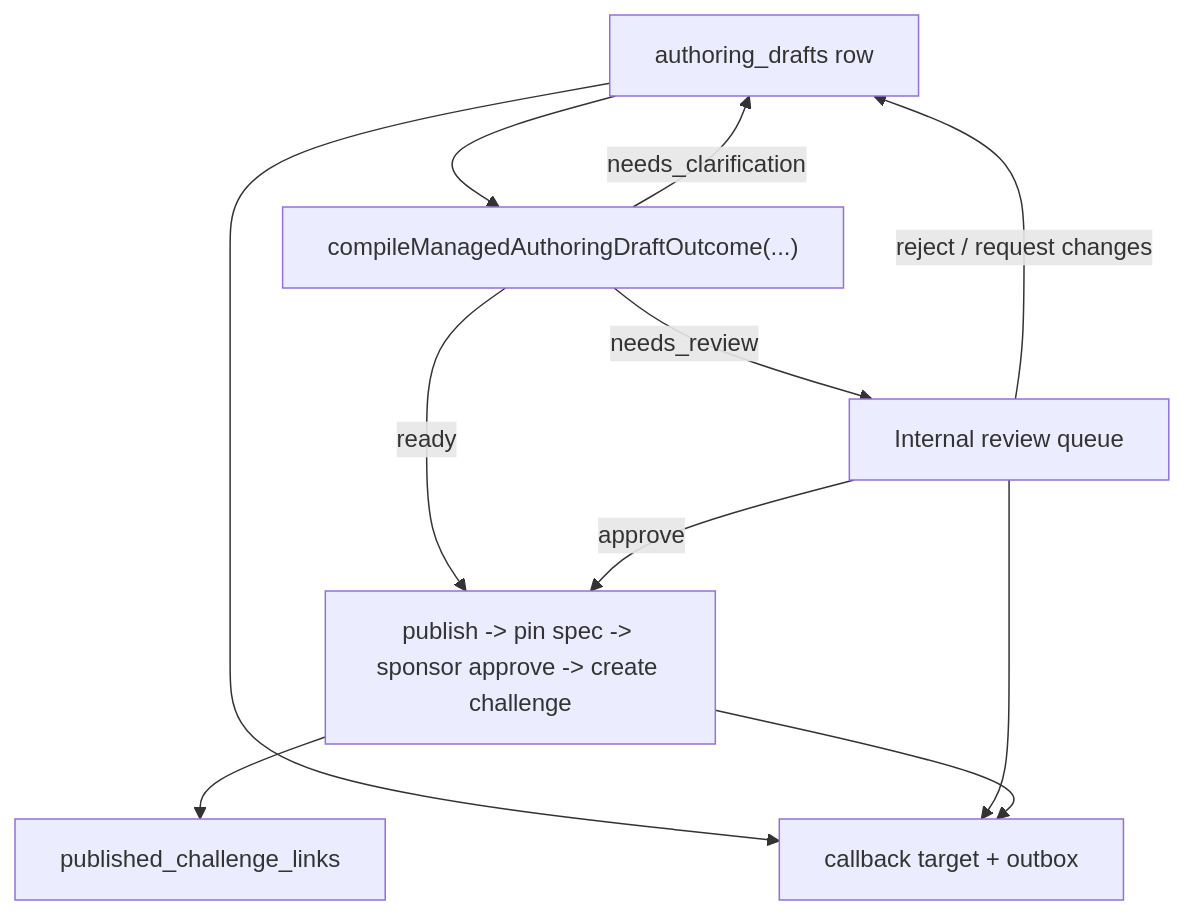
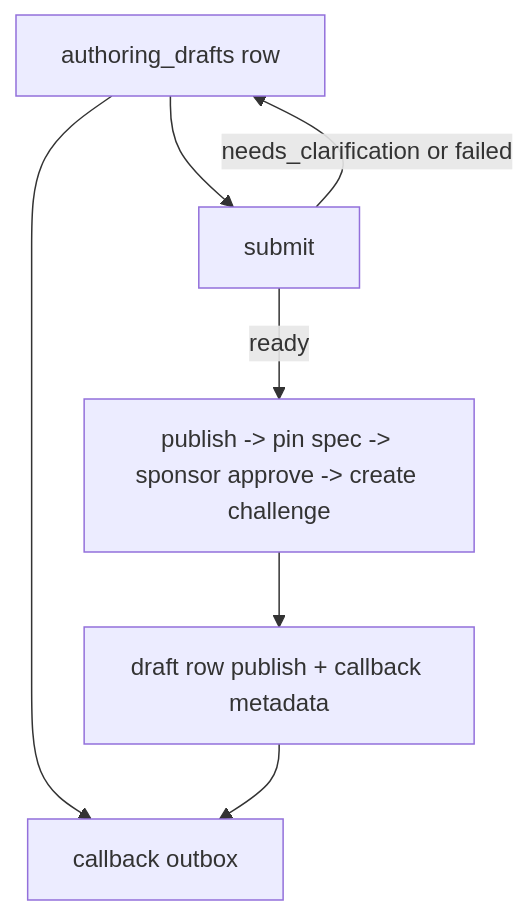
Before and after one commit to andymolecule/Agora: the seventh of 9 diagrams in docs/system-anatomy.md, drawn with Mermaid. The commit also changed other lines of this file and 81 other files, not shown here.

````diff
--- a/docs/system-anatomy.md
+++ b/docs/system-anatomy.md
@@ -974,20 +935,15 @@
 ```mermaid
 flowchart TD
     Draft["authoring_drafts row"]
-    Compile["compileManagedAuthoringDraftOutcome(...)"]
-    Review["Internal review queue"]
+    Submit["submit"]
     Publish["publish -> pin spec -> sponsor approve -> create challenge"]
-    Link["published_challenge_links"]
-    Callback["callback target + outbox"]
+    DraftMeta["draft row publish + callback metadata"]
+    Callback["callback outbox"]
 
-    Draft --> Compile
-    Compile -->|"ready"| Publish
-    Compile -->|"needs_review"| Review
-    Compile -->|"needs_clarification"| Draft
-    Review -->|"approve"| Publish
-    Review -->|"reject / request changes"| Draft
-    Publish --> Link
+    Draft --> Submit
+    Submit -->|"ready"| Publish
+    Submit -->|"needs_clarification or failed"| Draft
+    Publish --> DraftMeta
     Draft --> Callback
-    Review --> Callback
-    Publish --> Callback
+    DraftMeta --> Callback
 ```
````
